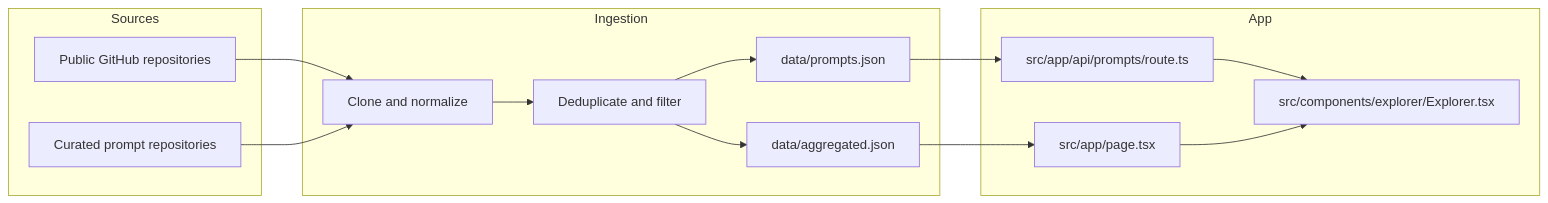
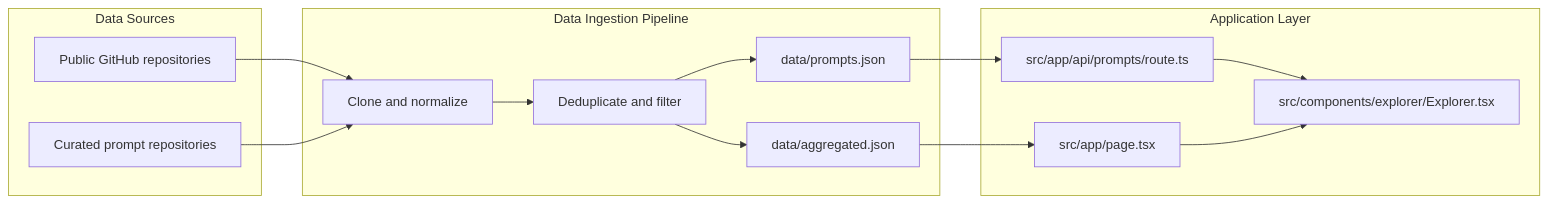
One commit to Xaelvoryx/Stimulate changed the first of 3 diagrams in README.md. Above: the diagram before and after it, drawn with Mermaid. The commit also changed other lines of this file, not shown here.

````diff
--- a/README.md
+++ b/README.md
@@ -90,30 +145,30 @@
 ```mermaid
 flowchart LR
-    subgraph Sources
+    subgraph Sources["Data Sources"]
         A[Public GitHub repositories]
         B[Curated prompt repositories]
     end
 
-    subgraph Ingestion
+    subgraph Ingestion["Data Ingestion Pipeline"]
         C[Clone and normalize]
         D[Deduplicate and filter]
         E["data/aggregated.json"]
         F["data/prompts.json"]
     end
 
-    subgraph App
+    subgraph App["Application Layer"]
         G["src/app/page.tsx"]
         H["src/components/explorer/Explorer.tsx"]
         I["src/app/api/prompts/route.ts"]
     end
 
     A --> C
     B --> C
     C --> D
     D --> E
     D --> F
     E --> G
     F --> I
     I --> H
     G --> H
 ```
````
